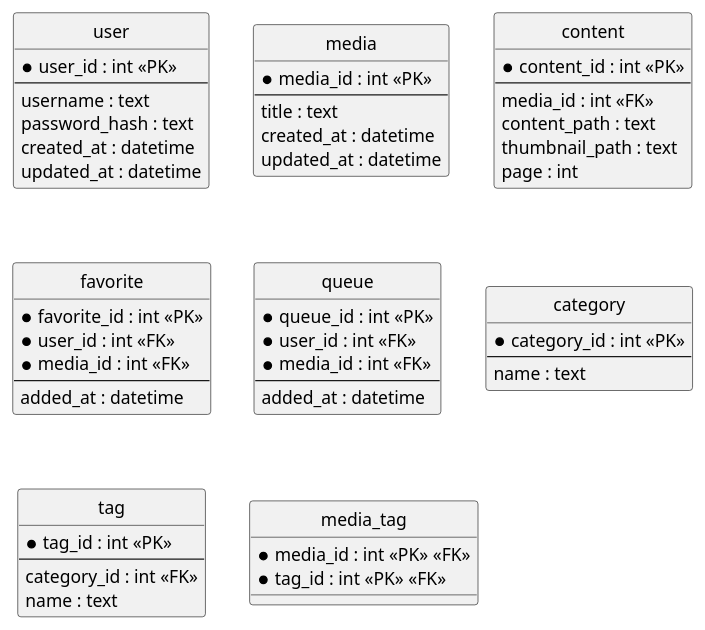
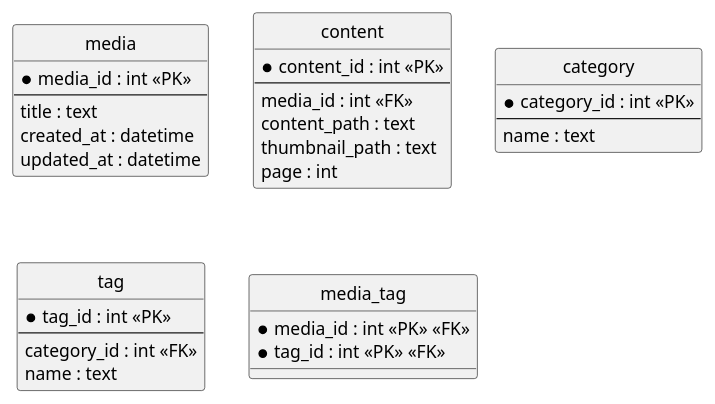
One commit to hachimitu22/MangaViewer changed the diagram in doc/entity/entity.puml. Above: the diagram before and after it, drawn with PlantUML. The commit also changed 86 other files, not shown here.

```diff
--- a/doc/entity/entity.puml
+++ b/doc/entity/entity.puml
@@ -1,65 +1,40 @@
 @startuml
 
 hide circle
-
-entity user {
-  *user_id : int <<PK>>
-  --
-  username : text
-  password_hash : text
-  created_at : datetime
-  updated_at : datetime
-}
 
 entity media {
   *media_id : int <<PK>>
   --
   title : text
   created_at : datetime
   updated_at : datetime
 }
 
 entity content {
   *content_id : int <<PK>>
   --
   media_id : int <<FK>>
   content_path : text
   thumbnail_path : text
   page : int
-}
-
-entity favorite {
-  *favorite_id : int <<PK>>
-  *user_id : int <<FK>>
-  *media_id : int <<FK>>
-  --
-  added_at : datetime
-}
-
-entity queue {
-  *queue_id : int <<PK>>
-  *user_id : int <<FK>>
-  *media_id : int <<FK>>
-  --
-  added_at : datetime
 }
 
 entity category {
   *category_id : int <<PK>>
   --
   name : text
 }
 
 entity tag {
   *tag_id : int <<PK>>
   --
   category_id : int <<FK>>
   name : text
 }
 
 entity media_tag {
   *media_id : int <<PK>> <<FK>>
   *tag_id : int <<PK>> <<FK>>
 }
 
 @enduml
```
